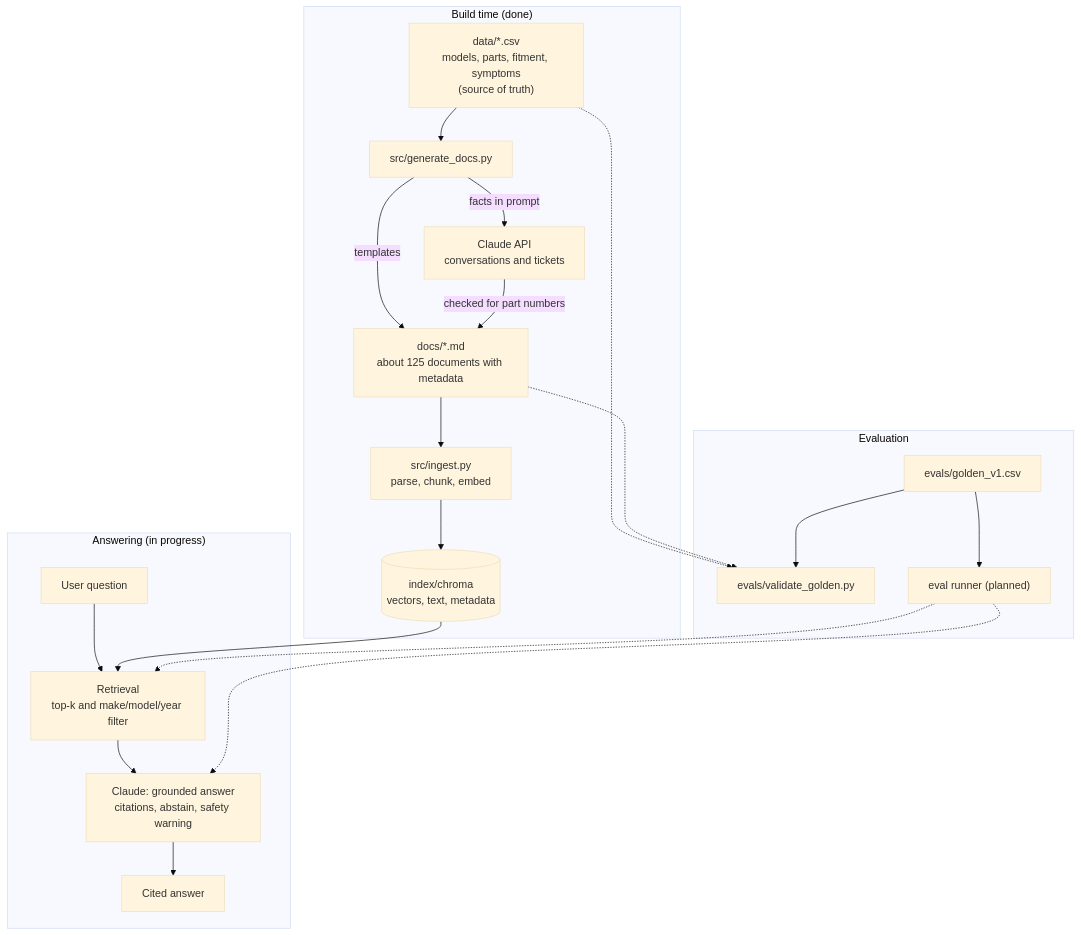
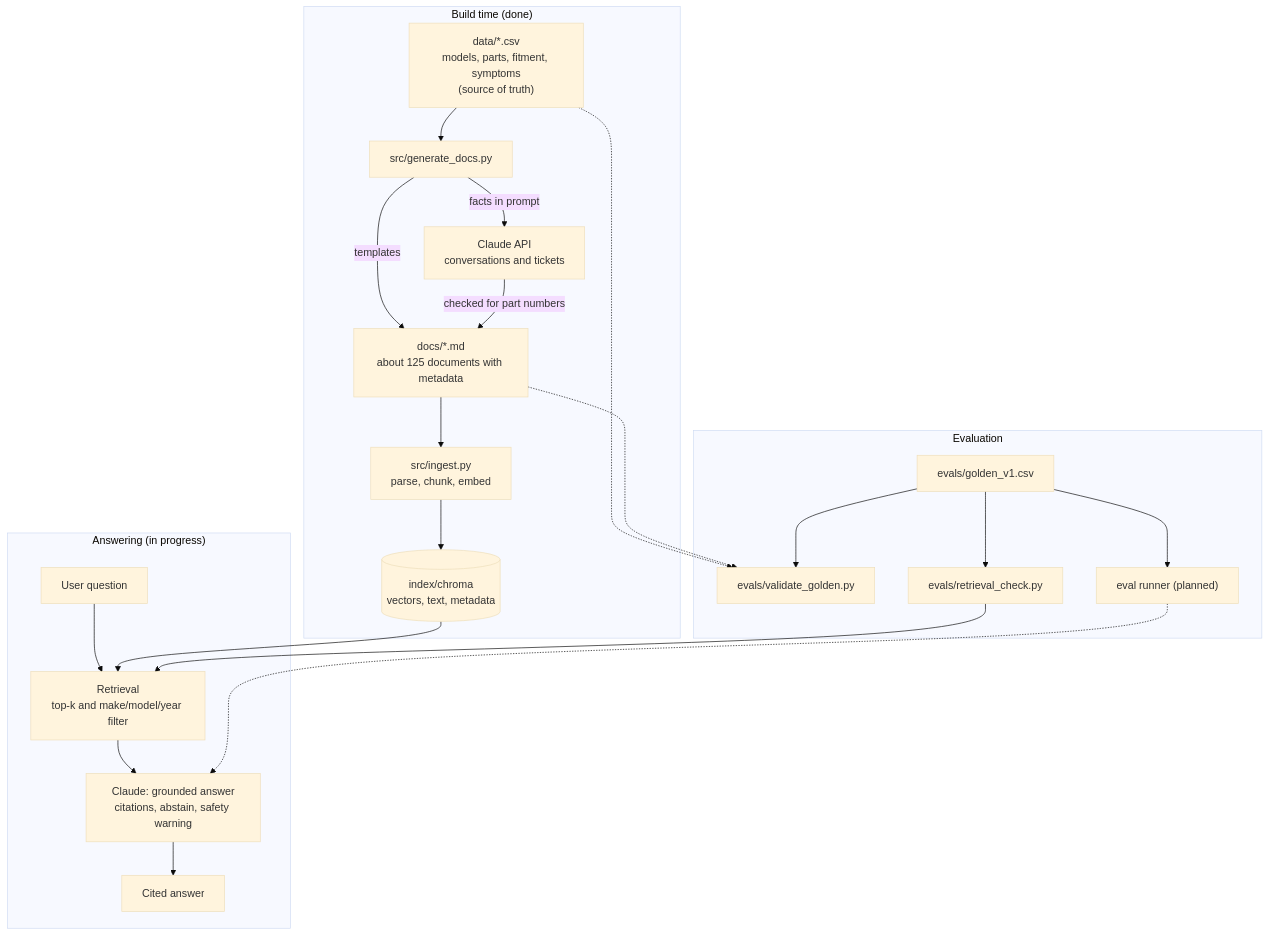
Before and after one commit to kakarla7/carassist: the first of 3 diagrams in README.md, drawn with Mermaid (base theme). The commit also changed other lines of this file and 3 other files, not shown here.

````diff
--- a/README.md
+++ b/README.md
@@ -48,33 +48,34 @@
 ```mermaid
 flowchart TB
   subgraph BUILD["Build time (done)"]
     CSV["data/*.csv<br/>models, parts, fitment, symptoms<br/>(source of truth)"]
     GEN["src/generate_docs.py"]
     LLM["Claude API<br/>conversations and tickets"]
     DOCS["docs/*.md<br/>about 125 documents with metadata"]
     ING["src/ingest.py<br/>parse, chunk, embed"]
     IDX[("index/chroma<br/>vectors, text, metadata")]
     CSV --> GEN
     GEN -->|templates| DOCS
     GEN -->|facts in prompt| LLM
     LLM -->|checked for part numbers| DOCS
     DOCS --> ING
     ING --> IDX
   end
 
   subgraph RUN["Answering (in progress)"]
     Q["User question"] --> RET["Retrieval<br/>top-k and make/model/year filter"]
     IDX --> RET
     RET --> ANSW["Claude: grounded answer<br/>citations, abstain, safety warning"]
     ANSW --> OUT["Cited answer"]
   end
 
   subgraph EVAL["Evaluation"]
     GOLD["evals/golden_v1.csv"] --> VAL["evals/validate_golden.py"]
     CSV -.-> VAL
     DOCS -.-> VAL
+    GOLD --> RCHK["evals/retrieval_check.py"]
+    RCHK --> RET
     GOLD --> RUNNER["eval runner (planned)"]
-    RUNNER -.-> RET
     RUNNER -.-> ANSW
   end
 ```
````
